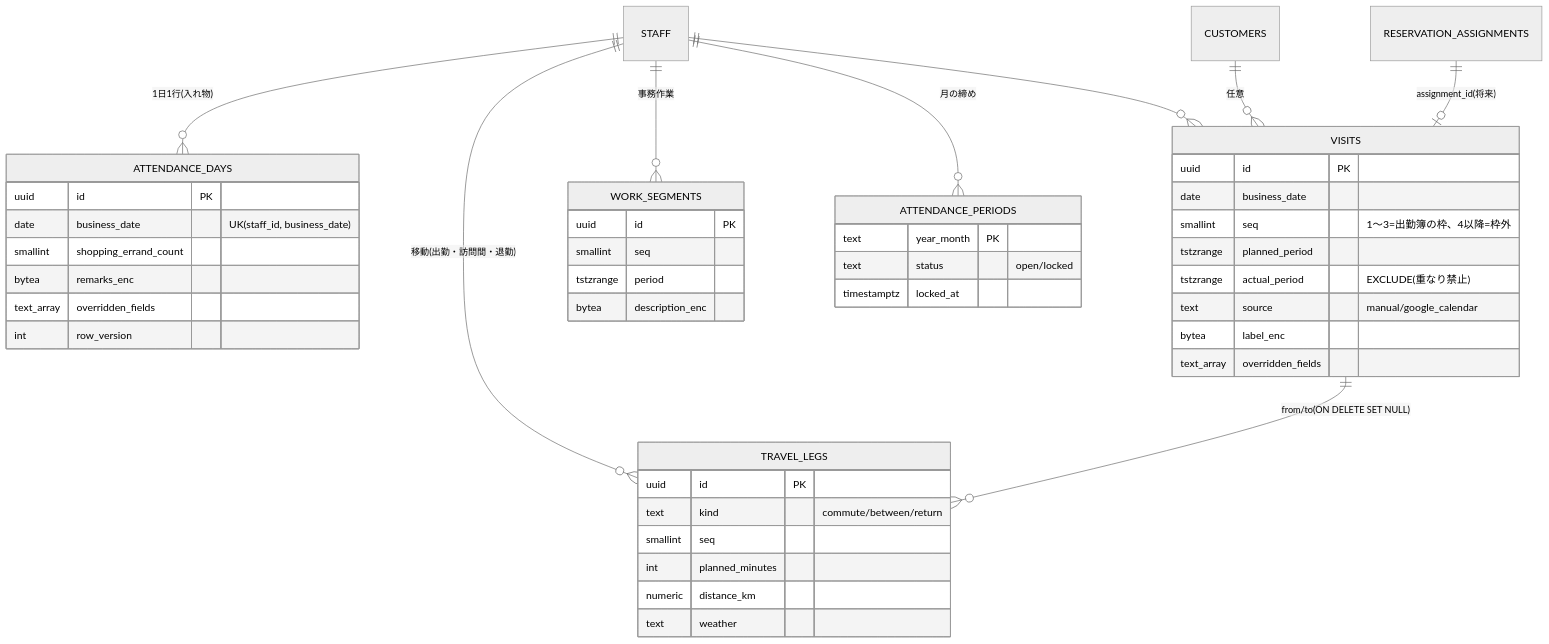
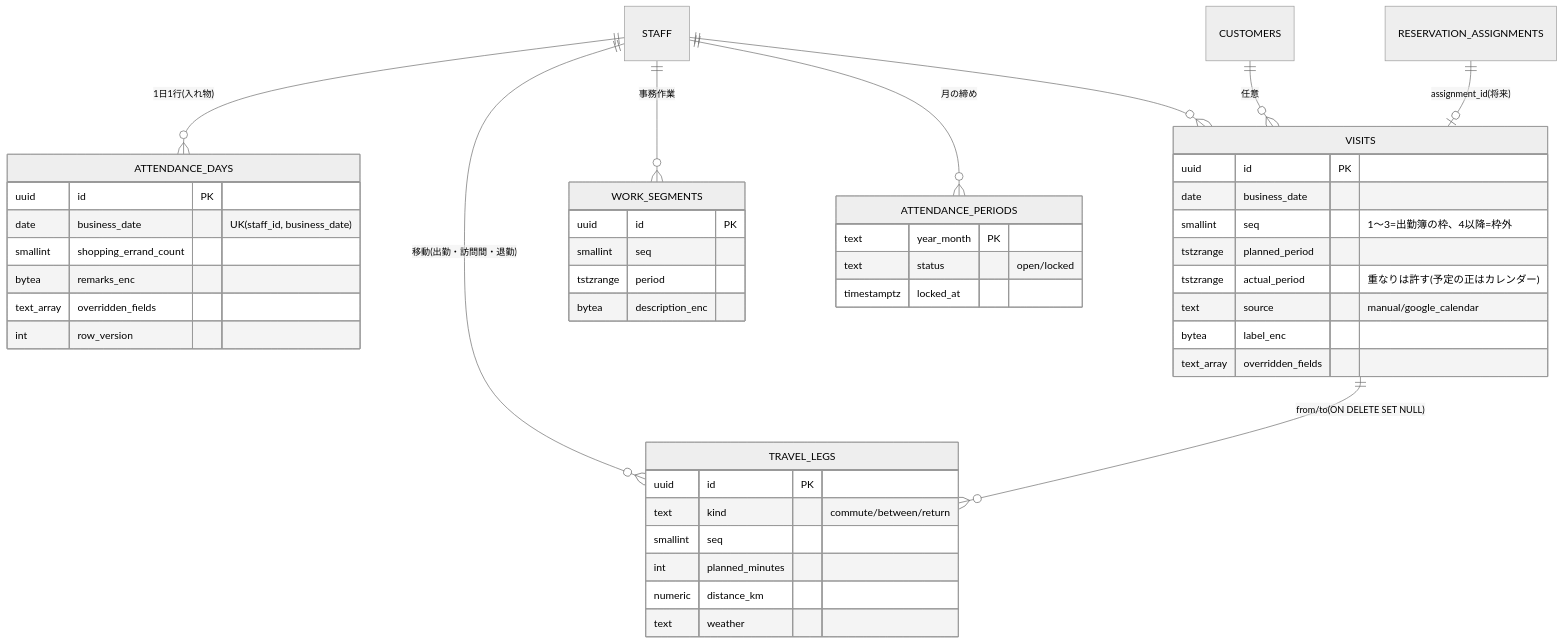
Before and after one commit to katahimo-dev/katahimo-app: the third of 6 diagrams in doc/09_データベース構造解説.md, drawn with Mermaid (neutral theme). The commit also changed other lines of this file and 6 other files, not shown here.

````diff
--- a/doc/09_データベース構造解説.md
+++ b/doc/09_データベース構造解説.md
@@ -249,49 +265,49 @@
 ```mermaid
 erDiagram
     STAFF ||--o{ ATTENDANCE_DAYS : "1日1行(入れ物)"
     STAFF ||--o{ VISITS : ""
     STAFF ||--o{ WORK_SEGMENTS : "事務作業"
     STAFF ||--o{ TRAVEL_LEGS : "移動(出勤・訪問間・退勤)"
     STAFF ||--o{ ATTENDANCE_PERIODS : "月の締め"
     CUSTOMERS ||--o{ VISITS : "任意"
     VISITS ||--o{ TRAVEL_LEGS : "from/to(ON DELETE SET NULL)"
     RESERVATION_ASSIGNMENTS ||--o| VISITS : "assignment_id(将来)"
 
     ATTENDANCE_DAYS {
         uuid id PK
         date business_date "UK(staff_id, business_date)"
         smallint shopping_errand_count
         bytea remarks_enc
         text_array overridden_fields
         int row_version
     }
     VISITS {
         uuid id PK
         date business_date
         smallint seq "1〜3=出勤簿の枠、4以降=枠外"
         tstzrange planned_period
-        tstzrange actual_period "EXCLUDE(重なり禁止)"
+        tstzrange actual_period "重なりは許す(予定の正はカレンダー)"
         text source "manual/google_calendar"
         bytea label_enc
         text_array overridden_fields
     }
     WORK_SEGMENTS {
         uuid id PK
         smallint seq
         tstzrange period
         bytea description_enc
     }
     TRAVEL_LEGS {
         uuid id PK
         text kind "commute/between/return"
         smallint seq
         int planned_minutes
         numeric distance_km
         text weather
     }
     ATTENDANCE_PERIODS {
         text year_month PK
         text status "open/locked"
         timestamptz locked_at
     }
 ```
````
